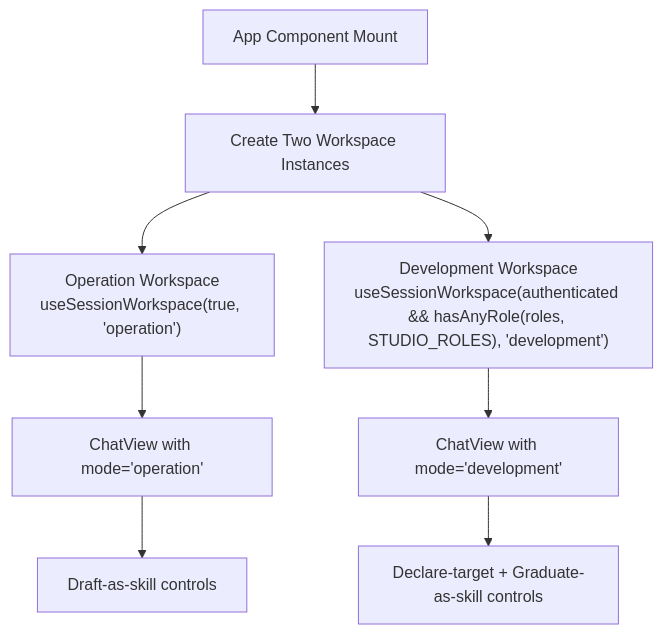
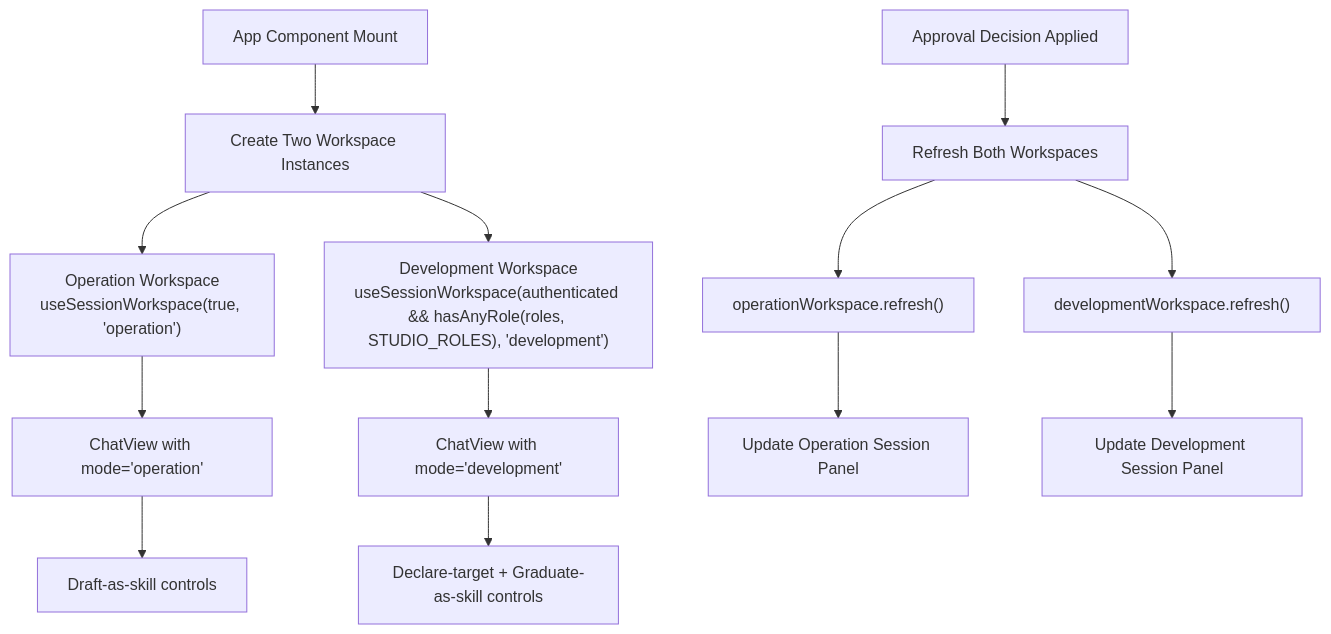
Before and after one commit to metasync/luban-aiops: the fourth of 16 diagrams in .qoder/repowiki/en/content/Operator Portal.md, drawn with Mermaid. The commit also changed other lines of this file and 4 other files, not shown here.

````diff
--- a/.qoder/repowiki/en/content/Operator Portal.md
+++ b/.qoder/repowiki/en/content/Operator Portal.md
@@ -216,10 +221,15 @@
 ```mermaid
 flowchart TD
 AppMount["App Component Mount"] --> CreateWorkspaces["Create Two Workspace Instances"]
 CreateWorkspaces --> OperationWS["Operation Workspace<br/>useSessionWorkspace(true, 'operation')"]
 CreateWorkspaces --> DevelopmentWS["Development Workspace<br/>useSessionWorkspace(authenticated && hasAnyRole(roles, STUDIO_ROLES), 'development')"]
 OperationWS --> ChatViewOp["ChatView with mode='operation'"]
 DevelopmentWS --> ChatViewDev["ChatView with mode='development'"]
 ChatViewOp --> OperationControls["Draft-as-skill controls"]
 ChatViewDev --> DevelopmentControls["Declare-target + Graduate-as-skill controls"]
+ApprovalDecision["Approval Decision Applied"] --> RefreshBoth["Refresh Both Workspaces"]
+RefreshBoth --> OperationRefresh["operationWorkspace.refresh()"]
+RefreshBoth --> DevelopmentRefresh["developmentWorkspace.refresh()"]
+OperationRefresh --> OperationUIUpdate["Update Operation Session Panel"]
+DevelopmentRefresh --> DevelopmentUIUpdate["Update Development Session Panel"]
 ```
````
